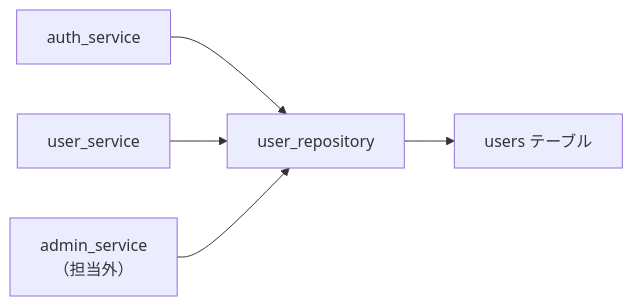
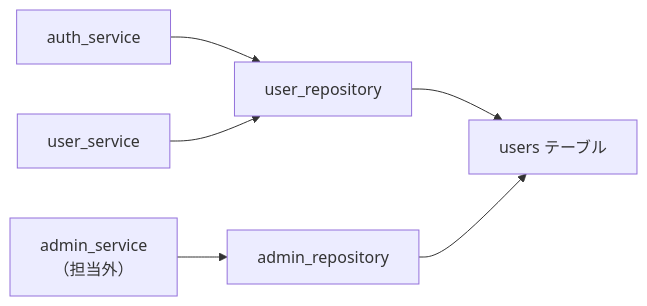
Before and after one commit to oikawa-d/task_management: the third of 3 diagrams in docs/detailed_design/database/01_table_users.md, drawn with Mermaid. The commit also changed other lines of this file and 2 other files, not shown here.

````diff
--- a/docs/detailed_design/database/01_table_users.md
+++ b/docs/detailed_design/database/01_table_users.md
@@ -264,7 +292,8 @@
 ```mermaid
 flowchart LR
     AS["auth_service"] --> URP["user_repository"]
     US["user_service"] --> URP
-    ADS["admin_service<br/>（担当外）"] --> URP
+    ADS["admin_service<br/>（担当外）"] --> ARP["admin_repository"]
     URP --> T["users テーブル"]
+    ARP --> T
 ```
````
